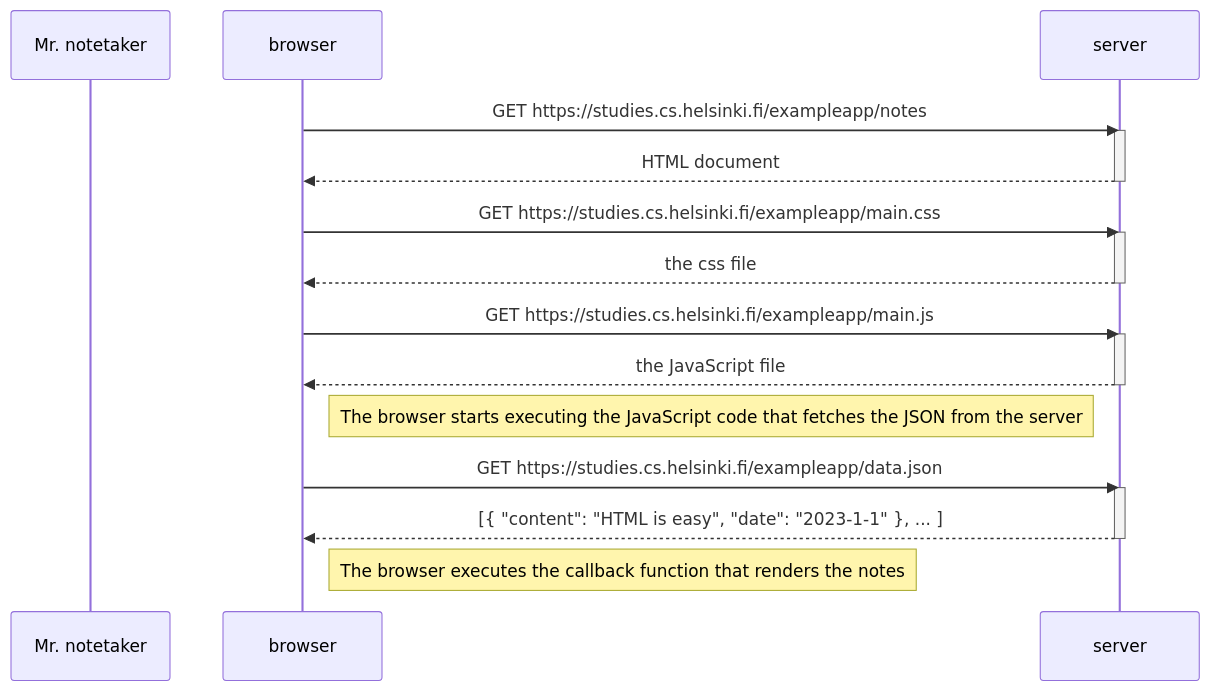
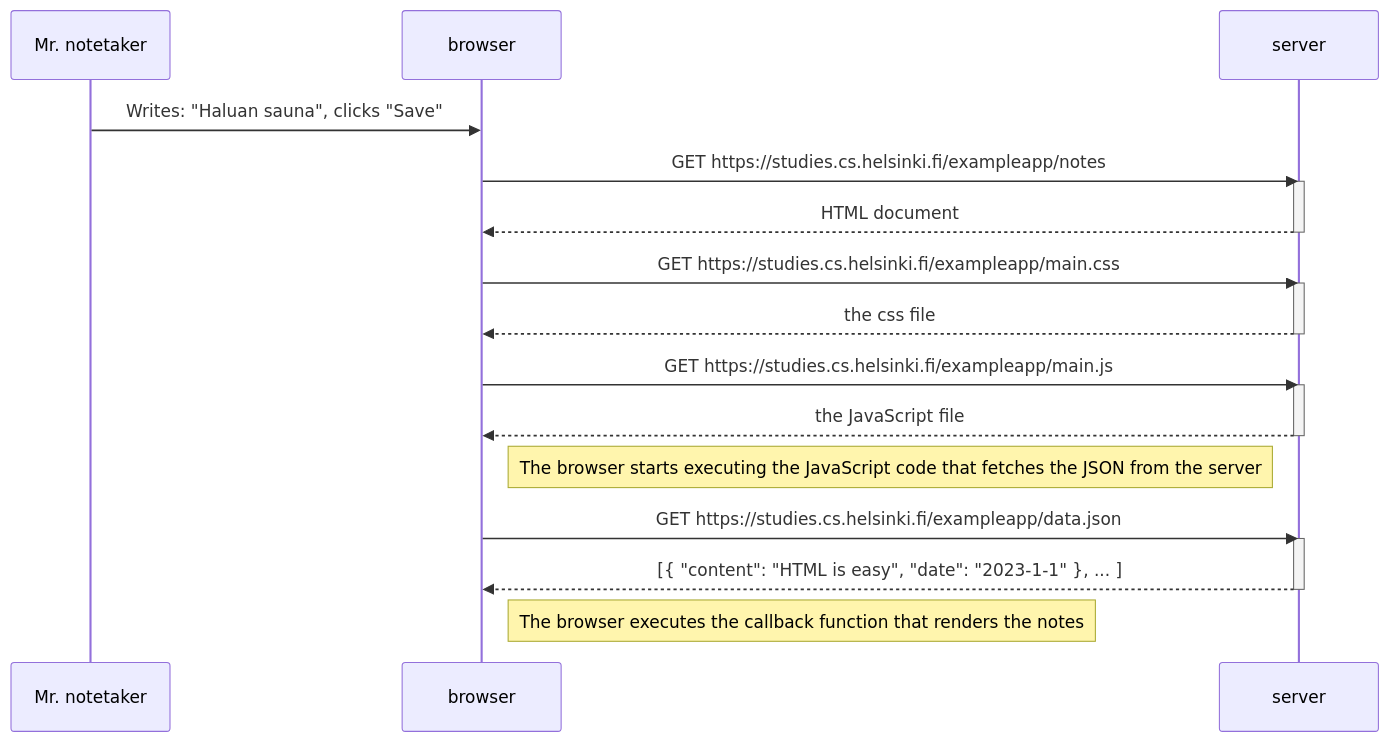
One commit to haavardmk/fullstackopen changed the diagram in part0/diagram.md. Above: the diagram before and after it, drawn with Mermaid.

````diff
--- a/part0/diagram.md
+++ b/part0/diagram.md
@@ -1,30 +1,31 @@
 ```mermaid
 sequenceDiagram
     participant Mr. notetaker
     participant browser
     participant server
 
+    Mr. notetaker->>browser: Writes: "Haluan sauna", clicks "Save"
     browser->>server: GET https://studies.cs.helsinki.fi/exampleapp/notes
     activate server
     server-->>browser: HTML document
     deactivate server
 
     browser->>server: GET https://studies.cs.helsinki.fi/exampleapp/main.css
     activate server
     server-->>browser: the css file
     deactivate server
 
     browser->>server: GET https://studies.cs.helsinki.fi/exampleapp/main.js
     activate server
     server-->>browser: the JavaScript file
     deactivate server
 
     Note right of browser: The browser starts executing the JavaScript code that fetches the JSON from the server
 
     browser->>server: GET https://studies.cs.helsinki.fi/exampleapp/data.json
     activate server
     server-->>browser: [{ "content": "HTML is easy", "date": "2023-1-1" }, ... ]
     deactivate server
 
     Note right of browser: The browser executes the callback function that renders the notes
 ```
````
